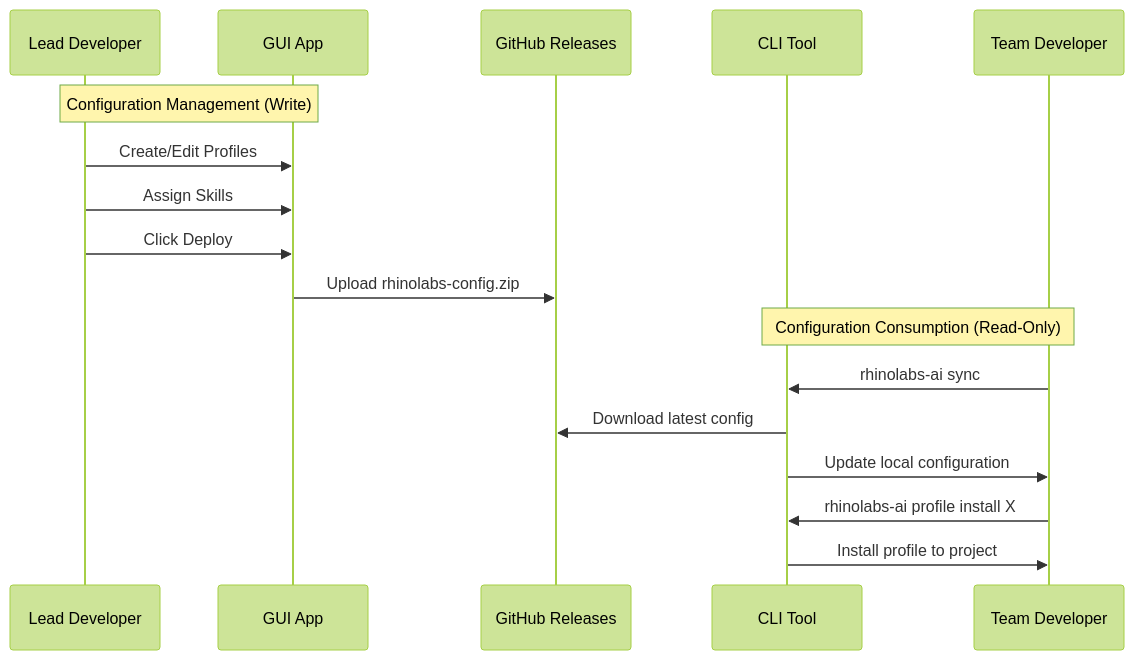
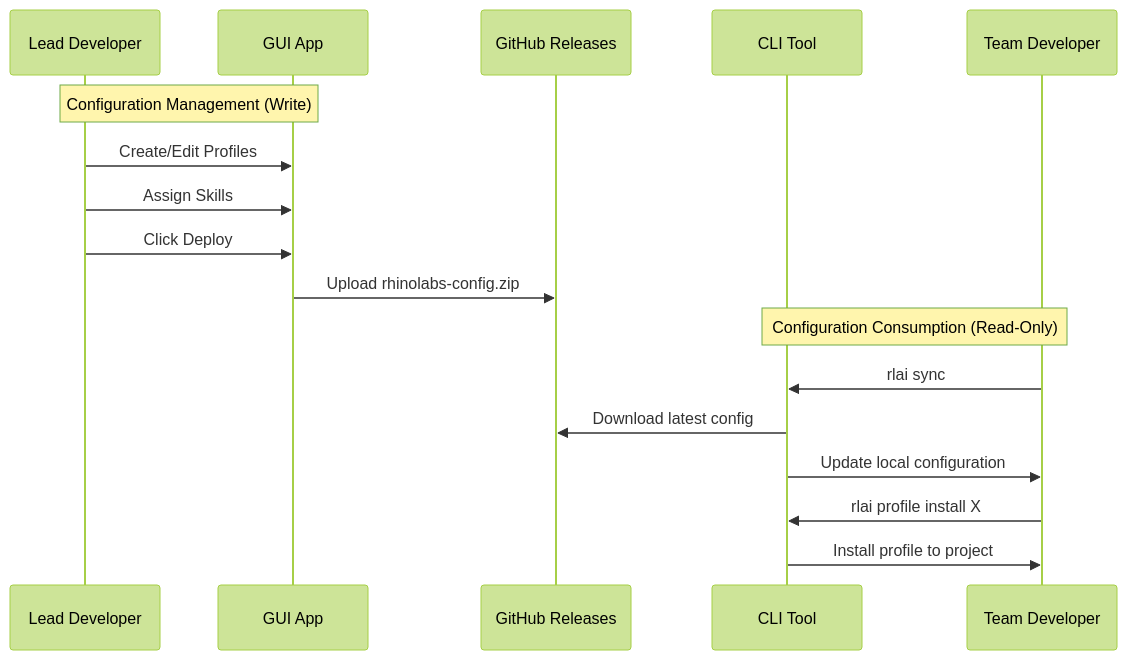
Before and after one commit to rhinolabs/ai: the second of 10 diagrams in README.md, drawn with Mermaid (forest theme). The commit also changed other lines of this file, not shown here.

Commit message:
docs(readme): use rlai as default binary and link to INSTALLATION.md

````diff
--- a/README.md
+++ b/README.md
@@ -53,21 +53,21 @@
 ```mermaid
 sequenceDiagram
     participant Lead as Lead Developer
     participant GUI as GUI App
     participant GH as GitHub Releases
     participant CLI as CLI Tool
     participant Dev as Team Developer
 
     Note over Lead,GUI: Configuration Management (Write)
     Lead->>GUI: Create/Edit Profiles
     Lead->>GUI: Assign Skills
     Lead->>GUI: Click Deploy
     GUI->>GH: Upload rhinolabs-config.zip
 
     Note over CLI,Dev: Configuration Consumption (Read-Only)
-    Dev->>CLI: rhinolabs-ai sync
+    Dev->>CLI: rlai sync
     CLI->>GH: Download latest config
     CLI->>Dev: Update local configuration
-    Dev->>CLI: rhinolabs-ai profile install X
+    Dev->>CLI: rlai profile install X
     CLI->>Dev: Install profile to project
 ```
````
